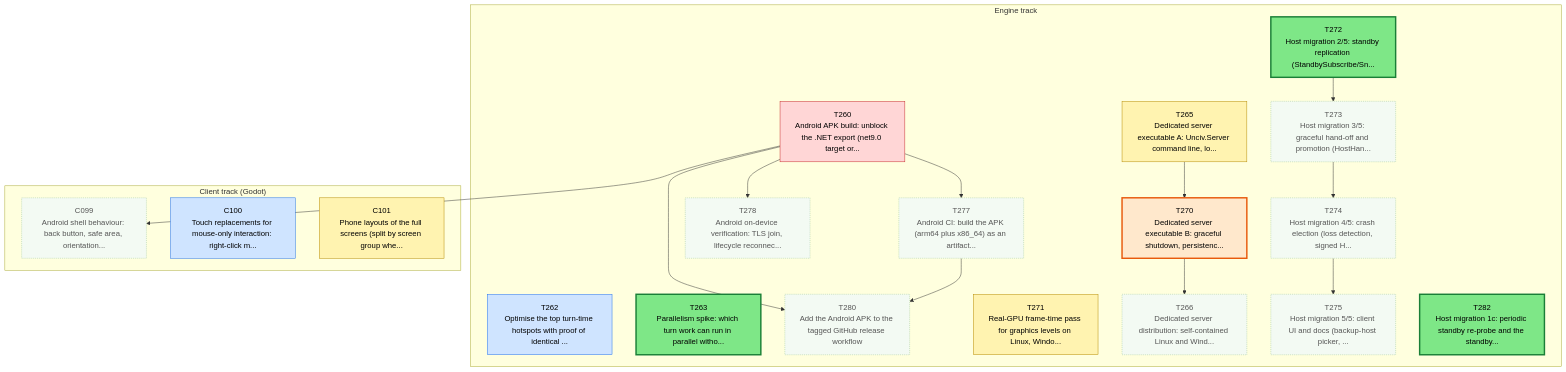
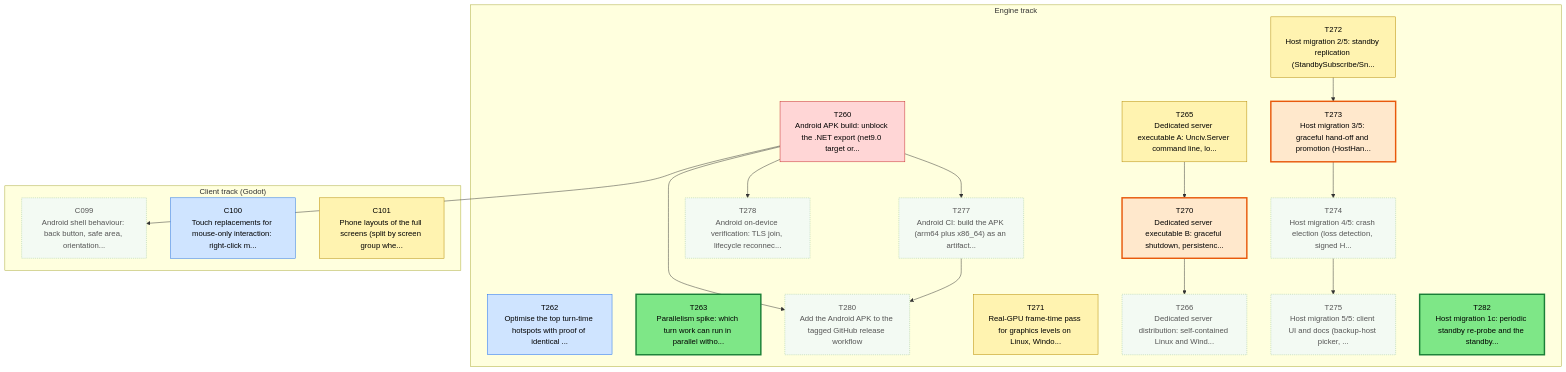
The first of 3 diagrams in csharp/migration/DEPENDENCY_MAP.md (Kenmura/Unciv), drawn with Mermaid before and after one commit. The commit also changed other lines of this file and 1 other file, not shown here.

````diff
--- a/csharp/migration/DEPENDENCY_MAP.md
+++ b/csharp/migration/DEPENDENCY_MAP.md
@@ -35,60 +35,60 @@
 ```mermaid
 flowchart TD
   subgraph TTRACK["Engine track"]
     T260["T260<br/>Android APK build: unblock the .NET export (net9.0 target or..."]
     T262["T262<br/>Optimise the top turn-time hotspots with proof of identical ..."]
     T263["T263<br/>Parallelism spike: which turn work can run in parallel witho..."]
     T265["T265<br/>Dedicated server executable A: Unciv.Server command line, lo..."]
     T266["T266<br/>Dedicated server distribution: self-contained Linux and Wind..."]
     T270["T270<br/>Dedicated server executable B: graceful shutdown, persistenc..."]
     T271["T271<br/>Real-GPU frame-time pass for graphics levels on Linux, Windo..."]
     T272["T272<br/>Host migration 2/5: standby replication (StandbySubscribe/Sn..."]
     T273["T273<br/>Host migration 3/5: graceful hand-off and promotion (HostHan..."]
     T274["T274<br/>Host migration 4/5: crash election (loss detection, signed H..."]
     T275["T275<br/>Host migration 5/5: client UI and docs (backup-host picker, ..."]
     T277["T277<br/>Android CI: build the APK (arm64 plus x86_64) as an artifact..."]
     T278["T278<br/>Android on-device verification: TLS join, lifecycle reconnec..."]
     T280["T280<br/>Add the Android APK to the tagged GitHub release workflow"]
     T282["T282<br/>Host migration 1c: periodic standby re-probe and the standby..."]
   end
   subgraph CTRACK["Client track (Godot)"]
     C099["C099<br/>Android shell behaviour: back button, safe area, orientation..."]
     C100["C100<br/>Touch replacements for mouse-only interaction: right-click m..."]
     C101["C101<br/>Phone layouts of the full screens (split by screen group whe..."]
   end
   T270 --> T266
   T265 --> T270
   T272 --> T273
   T273 --> T274
   T274 --> T275
   T260 --> T277
   T260 --> T278
   T260 --> T280
   T277 --> T280
   T260 --> C099
   classDef waiting fill:#f3faf3,stroke:#9bc49b,color:#555,stroke-dasharray:2 2
   classDef ondeck fill:#ffe8cc,stroke:#e8590c,stroke-width:3px,color:#000
   classDef ready fill:#7ee787,stroke:#1a7f37,stroke-width:3px,color:#000
   classDef prog fill:#fff3b0,stroke:#b58900,color:#000
   classDef review fill:#cfe4ff,stroke:#1f6feb,color:#000
   classDef blocked fill:#ffd6d6,stroke:#c62828,color:#000
   classDef done fill:#eeeeee,stroke:#999999,color:#666,stroke-dasharray:4 3
   class C099 waiting
   class C100 review
   class C101 prog
   class T260 blocked
   class T262 review
   class T263 ready
   class T265 prog
   class T266 waiting
   class T270 ondeck
   class T271 prog
-  class T272 ready
-  class T273 waiting
+  class T272 prog
+  class T273 ondeck
   class T274 waiting
   class T275 waiting
   class T277 waiting
   class T278 waiting
   class T280 waiting
   class T282 ready
 ```
````
